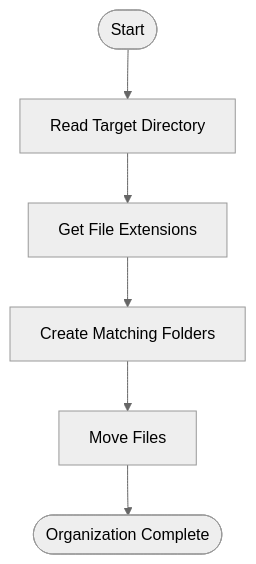
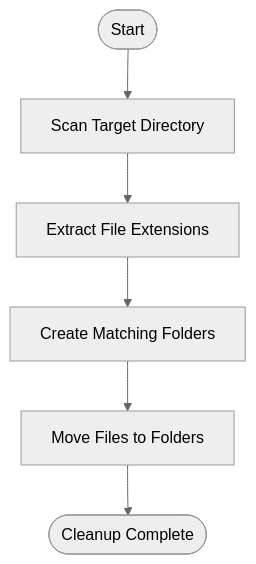
One commit to Sufyan-m/python-mini-projects changed the diagram in File-Organizer /README.md. Above: the diagram before and after it, drawn with Mermaid (neutral theme). The commit also changed other lines of this file, not shown here.

````diff
--- a/File-Organizer /README.md
+++ b/File-Organizer /README.md
@@ -29,8 +23,8 @@
 ```mermaid
 flowchart TD
-    A([Start]) --> B[Read Target Directory]
-    B --> C[Get File Extensions]
+    A([Start]) --> B[Scan Target Directory]
+    B --> C[Extract File Extensions]
     C --> D[Create Matching Folders]
-    D --> E[Move Files]
-    E --> F([Organization Complete])
+    D --> E[Move Files to Folders]
+    E --> F([Cleanup Complete])
 ```
````
